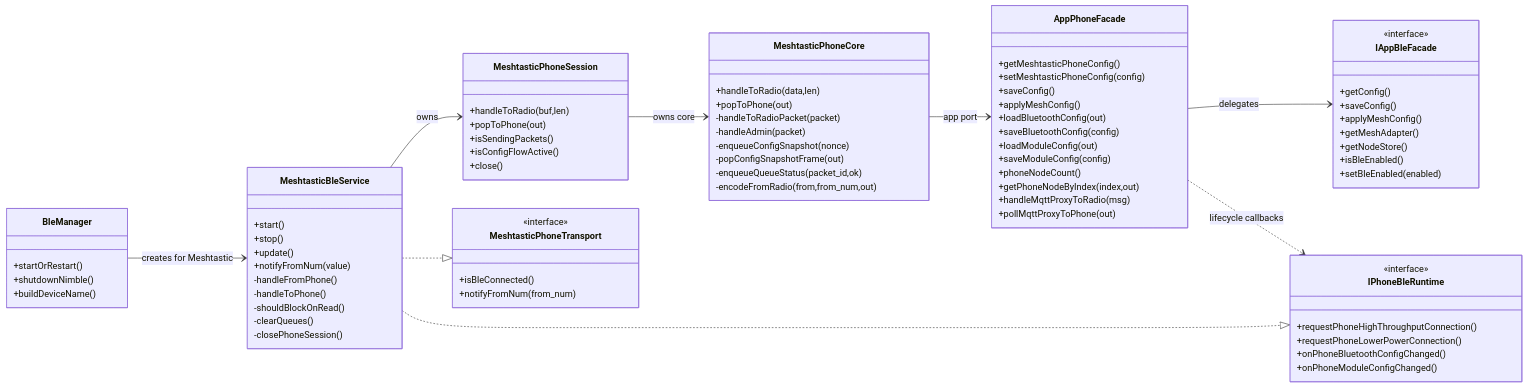
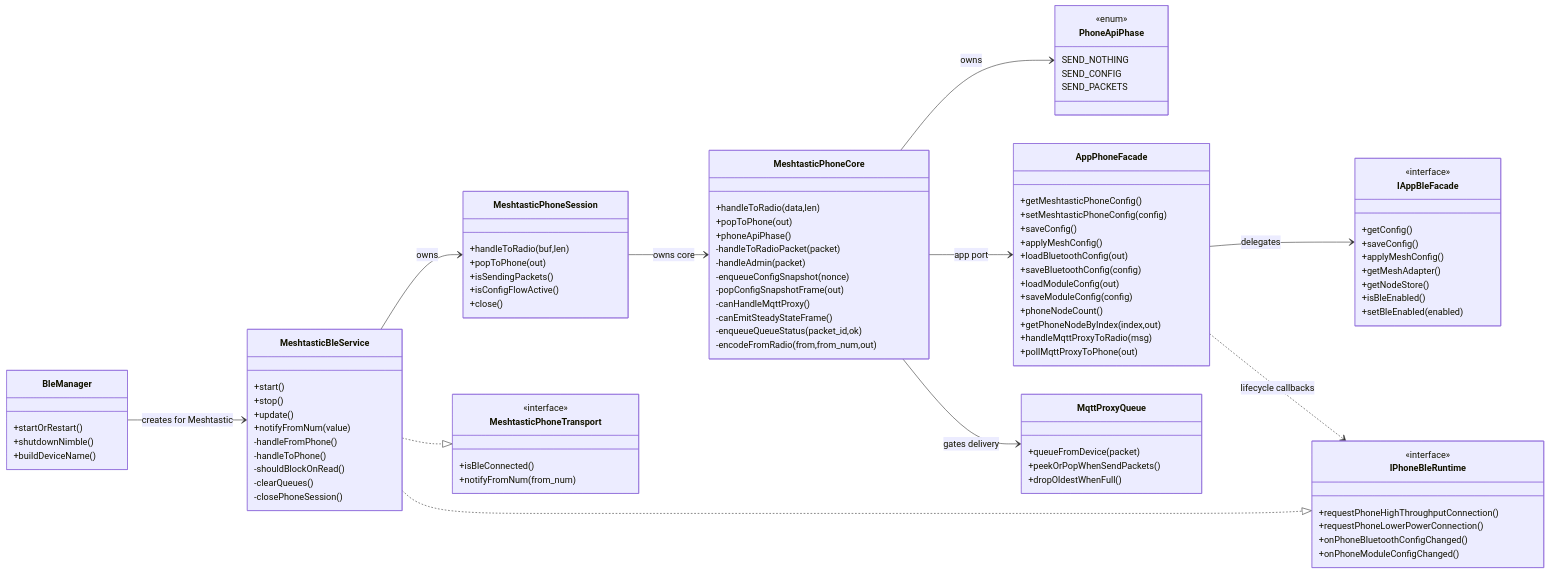
Before and after one commit to manmuqingshan/trail-mate: the first of 17 diagrams in docs/specification/MESHTASTIC_ANDROID_BLE_CONNECTION_SPEC.md, drawn with Mermaid. The commit also changed other lines of this file and 10 other files, not shown here.

Commit message:
Align nRF Meshtastic BLE liveness flow

```diff
--- a/docs/specification/MESHTASTIC_ANDROID_BLE_CONNECTION_SPEC.md
+++ b/docs/specification/MESHTASTIC_ANDROID_BLE_CONNECTION_SPEC.md
@@ -114,12 +133,28 @@
     class MeshtasticPhoneCore {
         +handleToRadio(data,len)
         +popToPhone(out)
+        +phoneApiPhase()
         -handleToRadioPacket(packet)
         -handleAdmin(packet)
         -enqueueConfigSnapshot(nonce)
         -popConfigSnapshotFrame(out)
+        -canHandleMqttProxy()
+        -canEmitSteadyStateFrame()
         -enqueueQueueStatus(packet_id,ok)
         -encodeFromRadio(from,from_num,out)
+    }
+
+    class PhoneApiPhase {
+        <<enum>>
+        SEND_NOTHING
+        SEND_CONFIG
+        SEND_PACKETS
+    }
+
+    class MqttProxyQueue {
+        +queueFromDevice(packet)
+        +peekOrPopWhenSendPackets()
+        +dropOldestWhenFull()
     }
 
     class AppPhoneFacade {
@@ -165,7 +200,9 @@
     BleManager --> MeshtasticBleService : creates for Meshtastic
     MeshtasticBleService --> MeshtasticPhoneSession : owns
     MeshtasticPhoneSession --> MeshtasticPhoneCore : owns core
+    MeshtasticPhoneCore --> PhoneApiPhase : owns
     MeshtasticPhoneCore --> AppPhoneFacade : app port
+    MeshtasticPhoneCore --> MqttProxyQueue : gates delivery
     AppPhoneFacade --> IAppBleFacade : delegates
     MeshtasticBleService ..|> MeshtasticPhoneTransport
     MeshtasticBleService ..|> IPhoneBleRuntime
```
